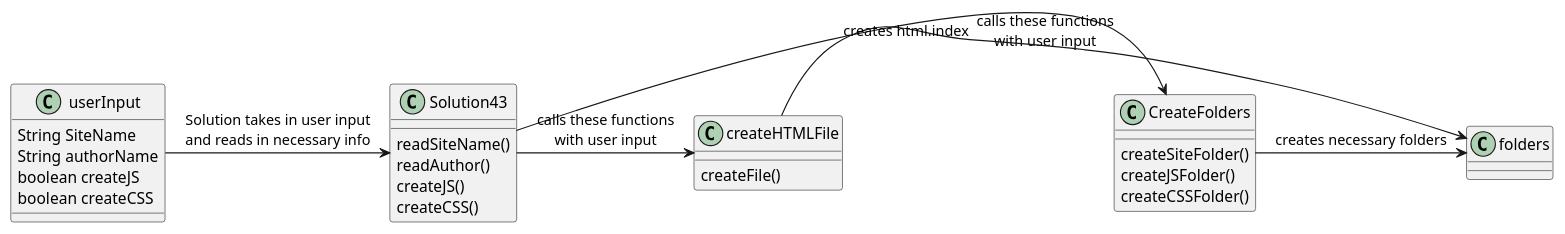
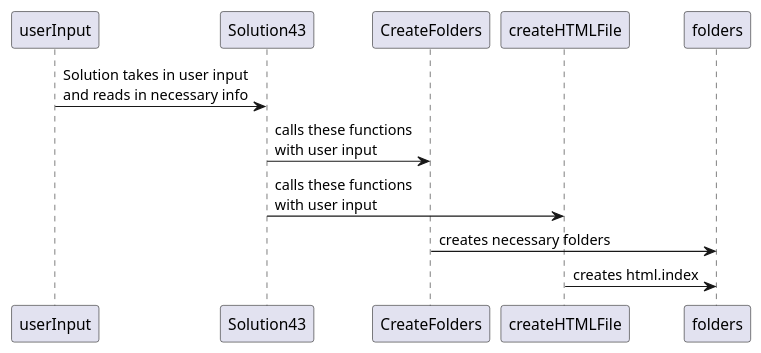
Before and after one commit to liamp616/pido-cop3330-assignment3: the diagram in src/main/java/oop/assignment3/ex43/base/diagram.puml, drawn with PlantUML. The commit also changed 12 other files, not shown here.

```diff
--- a/src/main/java/oop/assignment3/ex43/base/diagram.puml
+++ b/src/main/java/oop/assignment3/ex43/base/diagram.puml
@@ -1,36 +1,10 @@
 @startuml
 'https://plantuml.com/sequence-diagram
 
-class Solution43 {
-    readSiteName()
-    readAuthor()
-    createJS()
-    createCSS()
-}
-
-class CreateFolders {
-    createSiteFolder()
-    createJSFolder()
-    createCSSFolder()
-}
-
-class createHTMLFile {
-    createFile()
-}
-
-class userInput {
-    String SiteName
-    String authorName
-    boolean createJS
-    boolean createCSS
-}
-
-class folders {
-}
 
 userInput->Solution43: Solution takes in user input\nand reads in necessary info
 Solution43->CreateFolders: calls these functions\nwith user input
 Solution43->createHTMLFile: calls these functions\nwith user input
 CreateFolders->folders: creates necessary folders
 createHTMLFile->folders: creates html.index
 @enduml
```
